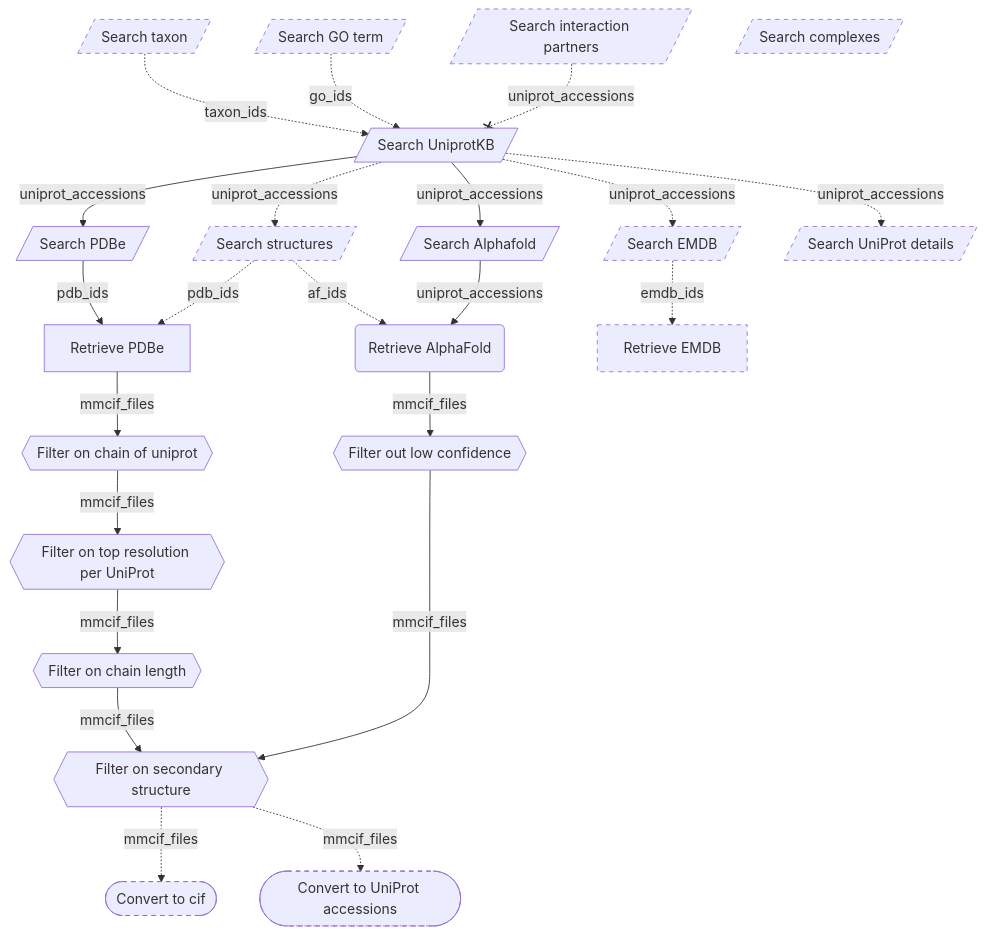
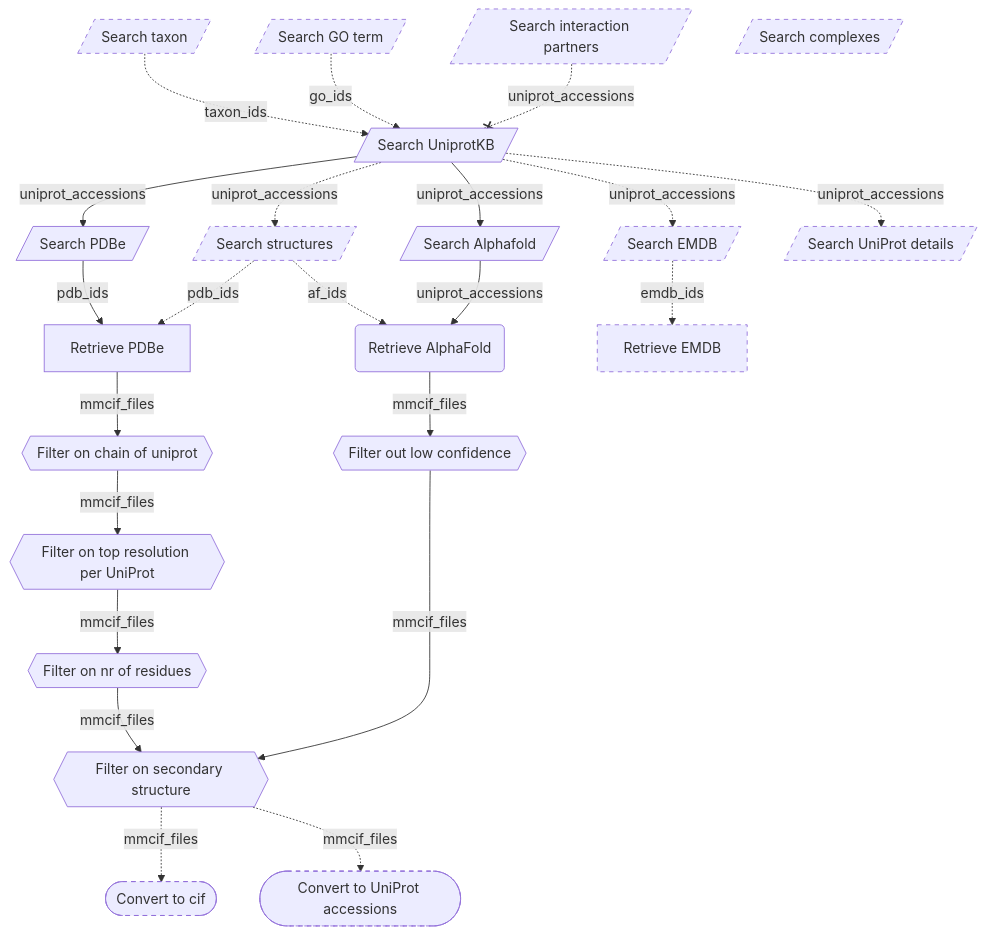
Before and after one commit to haddocking/protein-quest: the diagram in README.md, drawn with Mermaid.

Commit message:
Be more precise

````diff
--- a/README.md
+++ b/README.md
@@ -40,36 +40,36 @@
 ```mermaid
 graph TB;
     taxonomy[/Search taxon/] -. taxon_ids .-> searchuniprot[/Search UniprotKB/]
     goterm[/Search GO term/] -. go_ids .-> searchuniprot[/Search UniprotKB/]
     searchuniprot --> |uniprot_accessions|searchpdbe[/Search PDBe/]
     searchuniprot -. uniprot_accessions .-> searchstructures[/Search structures/]
     searchuniprot --> |uniprot_accessions|searchaf[/Search Alphafold/]
     searchuniprot -. uniprot_accessions .-> searchemdb[/Search EMDB/]
     searchuniprot -. uniprot_accessions .-> searchuniprotdetails[/Search UniProt details/]
     searchintactionpartners[/Search interaction partners/] -.-x |uniprot_accessions|searchuniprot
     searchcomplexes[/Search complexes/]
     searchpdbe -->|pdb_ids|fetchpdbe[Retrieve PDBe]
     searchstructures -. pdb_ids .-> fetchpdbe
     searchstructures -. af_ids .-> fetchad
     searchaf --> |uniprot_accessions|fetchad(Retrieve AlphaFold)
     searchemdb -. emdb_ids .->fetchemdb[Retrieve EMDB]
     fetchpdbe -->|mmcif_files| chainfilter{{Filter on chain of uniprot}}
     chainfilter --> |mmcif_files| resolutionfilter{{Filter on top resolution per UniProt}}
-    resolutionfilter --> |mmcif_files| residuefilter{{Filter on chain length}}
+    resolutionfilter --> |mmcif_files| residuefilter{{Filter on nr of residues}}
     fetchad -->|mmcif_files| confidencefilter{{Filter out low confidence}}
     confidencefilter --> |mmcif_files| ssfilter{{Filter on secondary structure}}
     residuefilter --> |mmcif_files| ssfilter
     ssfilter -. mmcif_files .-> convert2cif([Convert to cif])
     ssfilter -. mmcif_files .-> convert2uniprot_accessions([Convert to UniProt accessions])
     classDef dashedBorder stroke-dasharray: 5 5;
     goterm:::dashedBorder
     taxonomy:::dashedBorder
     searchemdb:::dashedBorder
     fetchemdb:::dashedBorder
     searchstructures:::dashedBorder
     searchintactionpartners:::dashedBorder
     searchcomplexes:::dashedBorder
     searchuniprotdetails:::dashedBorder
     convert2cif:::dashedBorder
     convert2uniprot_accessions:::dashedBorder
 ```
````
